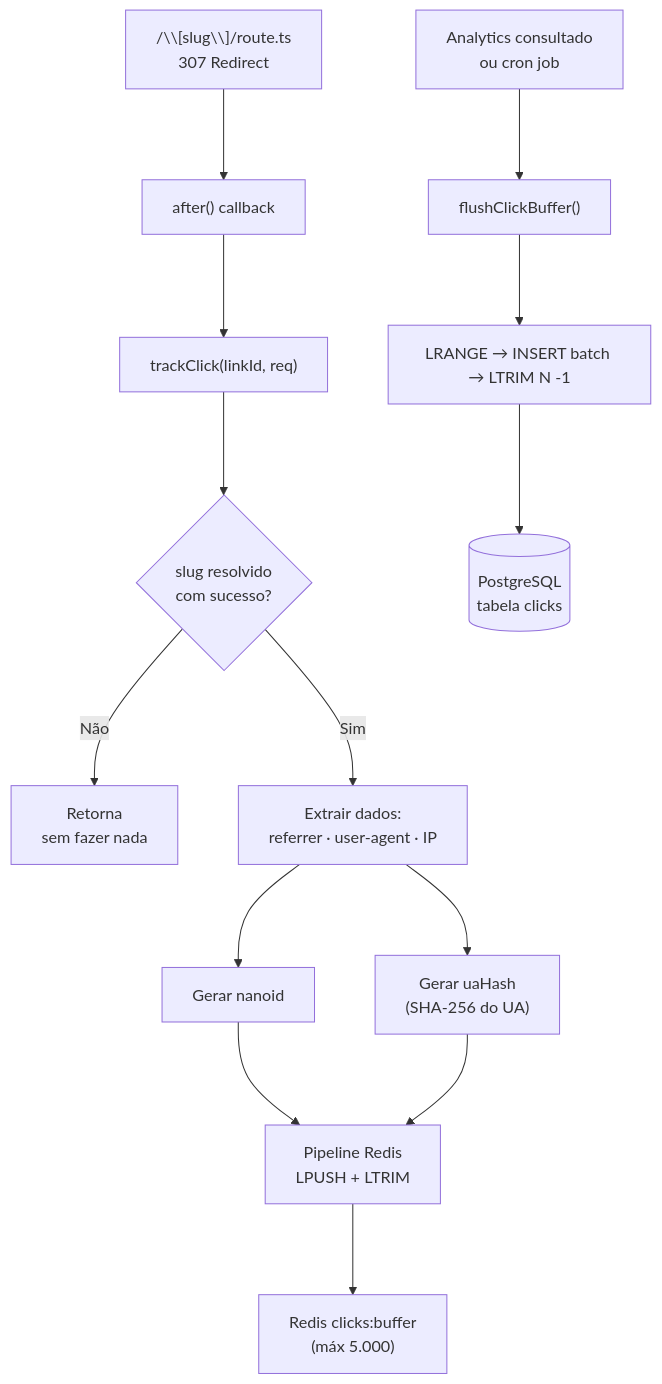
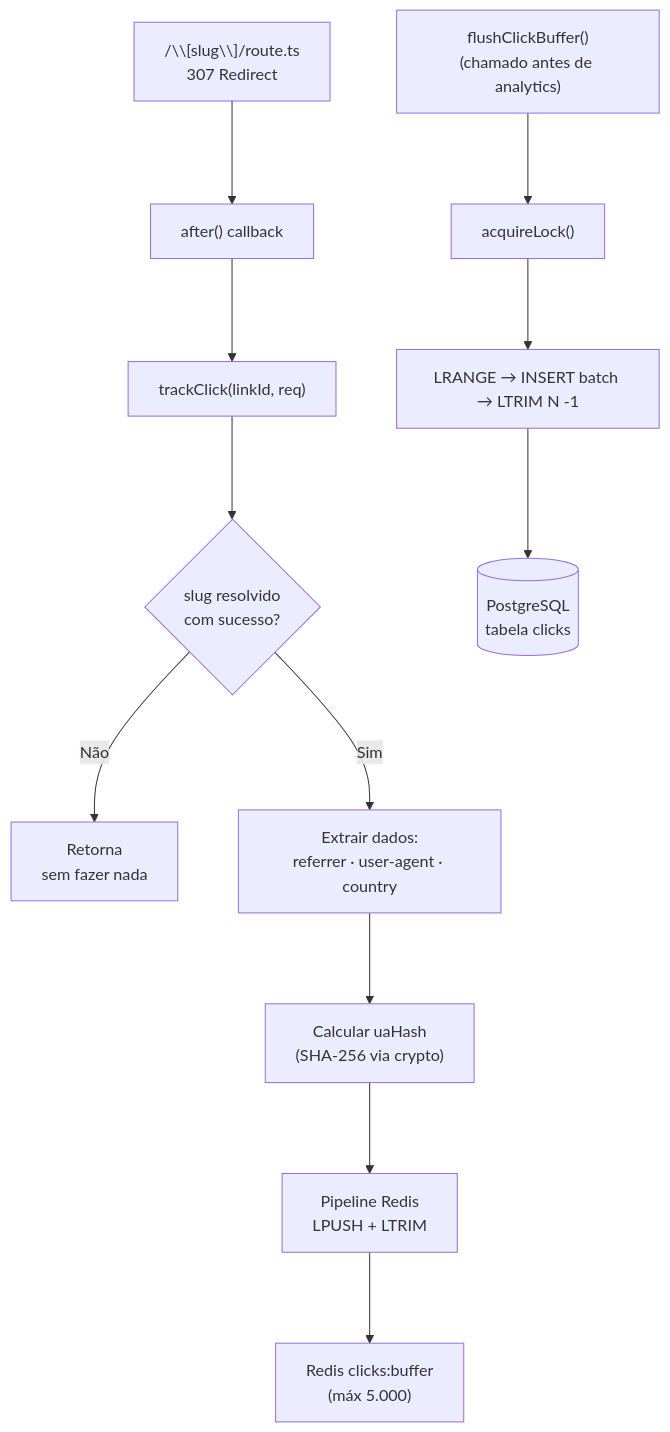
The fifth of 5 diagrams in docs/fluxo-de-dados.md (eduardoaugustolb/encurtador-url), drawn with Mermaid before and after one commit. The commit also changed other lines of this file and 13 other files, not shown here.

````diff
--- a/docs/fluxo-de-dados.md
+++ b/docs/fluxo-de-dados.md
@@ -197,23 +204,20 @@
 ```mermaid
 %%{init: {'flowchart': {'nodeSpacing': 60, 'rankSpacing': 90}}}%%
 flowchart TB
     A["/\\[slug\\]/route.ts<br/>307 Redirect"] --> B["after() callback"]
     B --> C["trackClick(linkId, req)"]
 
     C --> D{"slug resolvido<br/>com sucesso?"}
 
     D -->|Não| F["Retorna<br/>sem fazer nada"]
-    D -->|Sim| E["Extrair dados:<br/>referrer · user-agent · IP"]
+    D -->|Sim| E["Extrair dados:<br/>referrer · user-agent · country"]
 
-    E --> G["Gerar nanoid"]
-    E --> H["Gerar uaHash<br/>(SHA-256 do UA)"]
+    E --> G["Calcular uaHash<br/>(SHA-256 via crypto)"]
 
     G --> I["Pipeline Redis<br/>LPUSH + LTRIM"]
-    H --> I
-
     I --> J["Redis clicks:buffer<br/>(máx 5.000)"]
 
-    K["Analytics consultado<br/>ou cron job"] --> L["flushClickBuffer()"]
+    K["flushClickBuffer()<br/>(chamado antes de analytics)"] --> L["acquireLock()"]
     L --> M["LRANGE → INSERT batch → LTRIM N -1"]
     M --> N[("PostgreSQL<br/>tabela clicks")]
 ```
````
